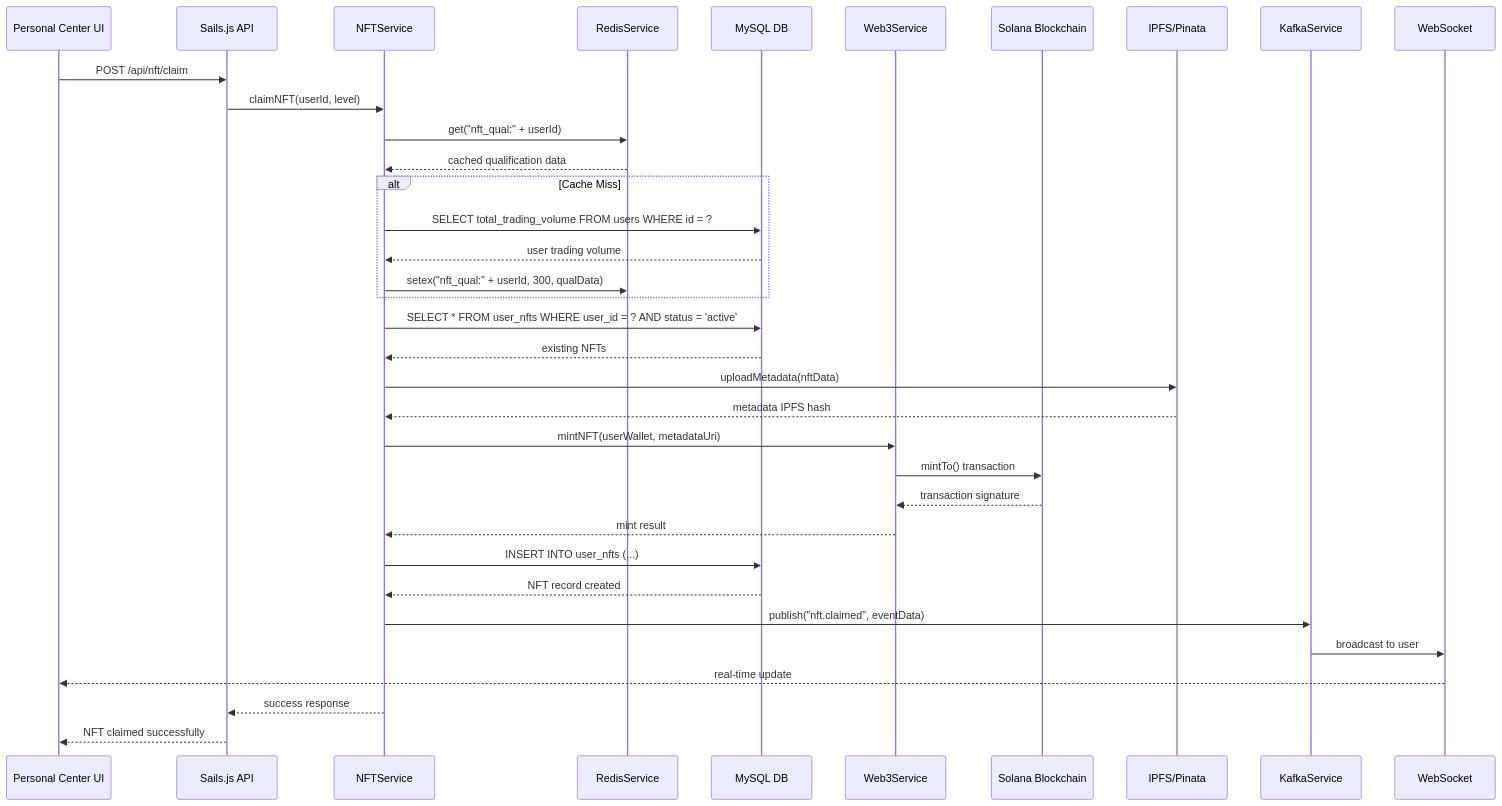
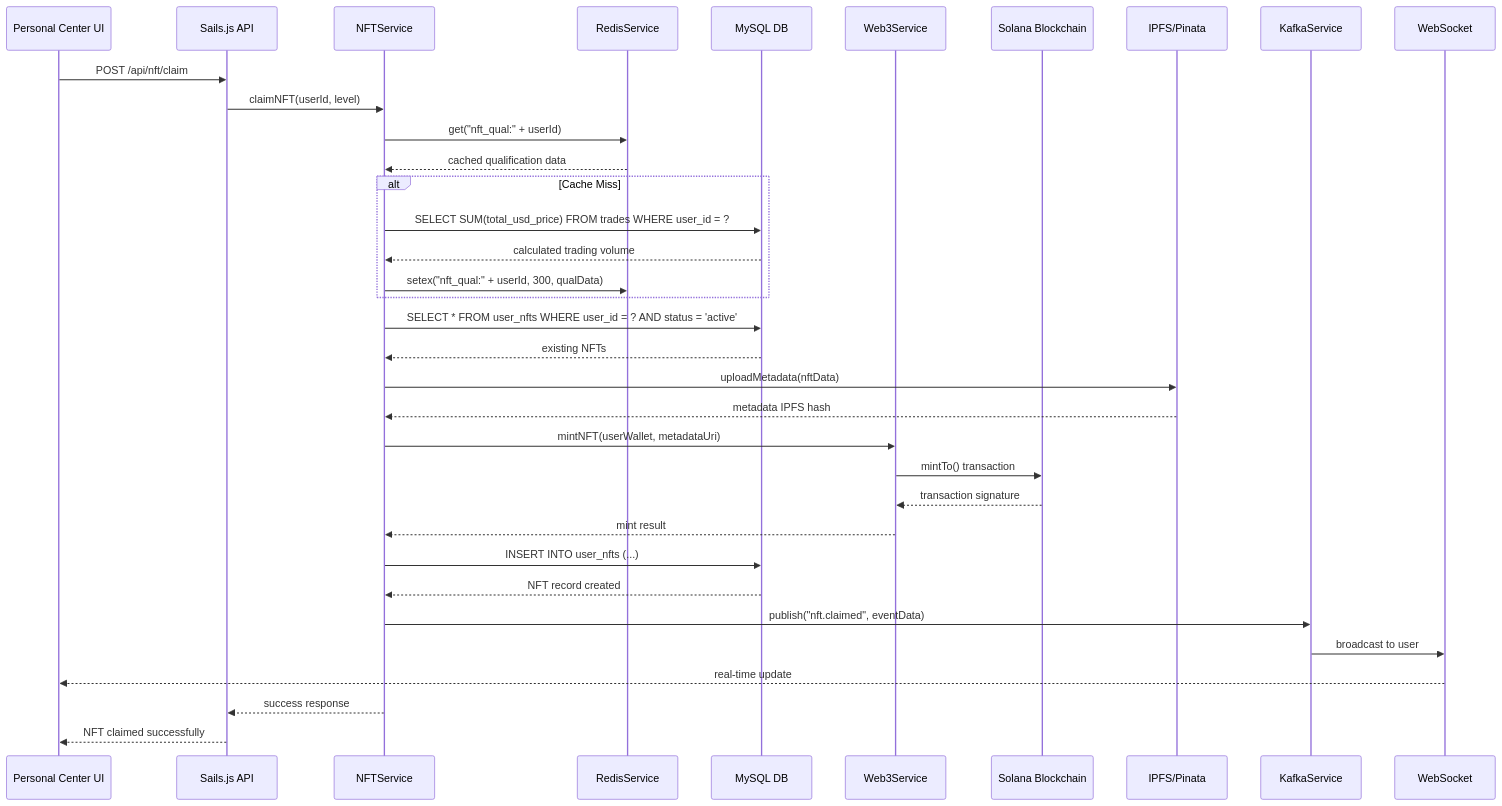
One commit to ljg-cqu/aiw3-nft-solana changed the second of 5 diagrams in docs/AIW3-NFT-System-Design.md. Above: the diagram before and after it, drawn with Mermaid. The commit also changed 2 other files, not shown here.

Commit message:
docs: update NFT qualification to use Trades model instead of User.total_trading_volume

````diff
--- a/docs/AIW3-NFT-System-Design.md
+++ b/docs/AIW3-NFT-System-Design.md
@@ -161,53 +161,53 @@
 ```mermaid
 sequenceDiagram
     participant UI as Personal Center UI
     participant API as Sails.js API
     participant NFT as NFTService
     participant REDIS as RedisService
     participant MYSQL as MySQL DB
     participant WEB3 as Web3Service
     participant SOLANA as Solana Blockchain
     participant IPFS as IPFS/Pinata
     participant KAFKA as KafkaService
     participant WS as WebSocket
     
     UI->>API: POST /api/nft/claim
     API->>NFT: claimNFT(userId, level)
     
     %% Check qualification from cache first
     NFT->>REDIS: get("nft_qual:" + userId)
     REDIS-->>NFT: cached qualification data
     
-    %% If not cached, query database
+    %% If not cached, calculate from Trades model
     alt Cache Miss
-        NFT->>MYSQL: SELECT total_trading_volume FROM users WHERE id = ?
-        MYSQL-->>NFT: user trading volume
+        NFT->>MYSQL: SELECT SUM(total_usd_price) FROM trades WHERE user_id = ?
+        MYSQL-->>NFT: calculated trading volume
         NFT->>REDIS: setex("nft_qual:" + userId, 300, qualData)
     end
     
     %% Check existing NFTs
     NFT->>MYSQL: SELECT * FROM user_nfts WHERE user_id = ? AND status = 'active'
     MYSQL-->>NFT: existing NFTs
     
     %% Upload metadata to IPFS
     NFT->>IPFS: uploadMetadata(nftData)
     IPFS-->>NFT: metadata IPFS hash
     
     %% Mint NFT on Solana
     NFT->>WEB3: mintNFT(userWallet, metadataUri)
     WEB3->>SOLANA: mintTo() transaction
     SOLANA-->>WEB3: transaction signature
     WEB3-->>NFT: mint result
     
     %% Store in database
     NFT->>MYSQL: INSERT INTO user_nfts (...)
     MYSQL-->>NFT: NFT record created
     
     %% Publish event
     NFT->>KAFKA: publish("nft.claimed", eventData)
     KAFKA->>WS: broadcast to user
     WS-->>UI: real-time update
     
     NFT-->>API: success response
     API-->>UI: NFT claimed successfully
 ```
````
